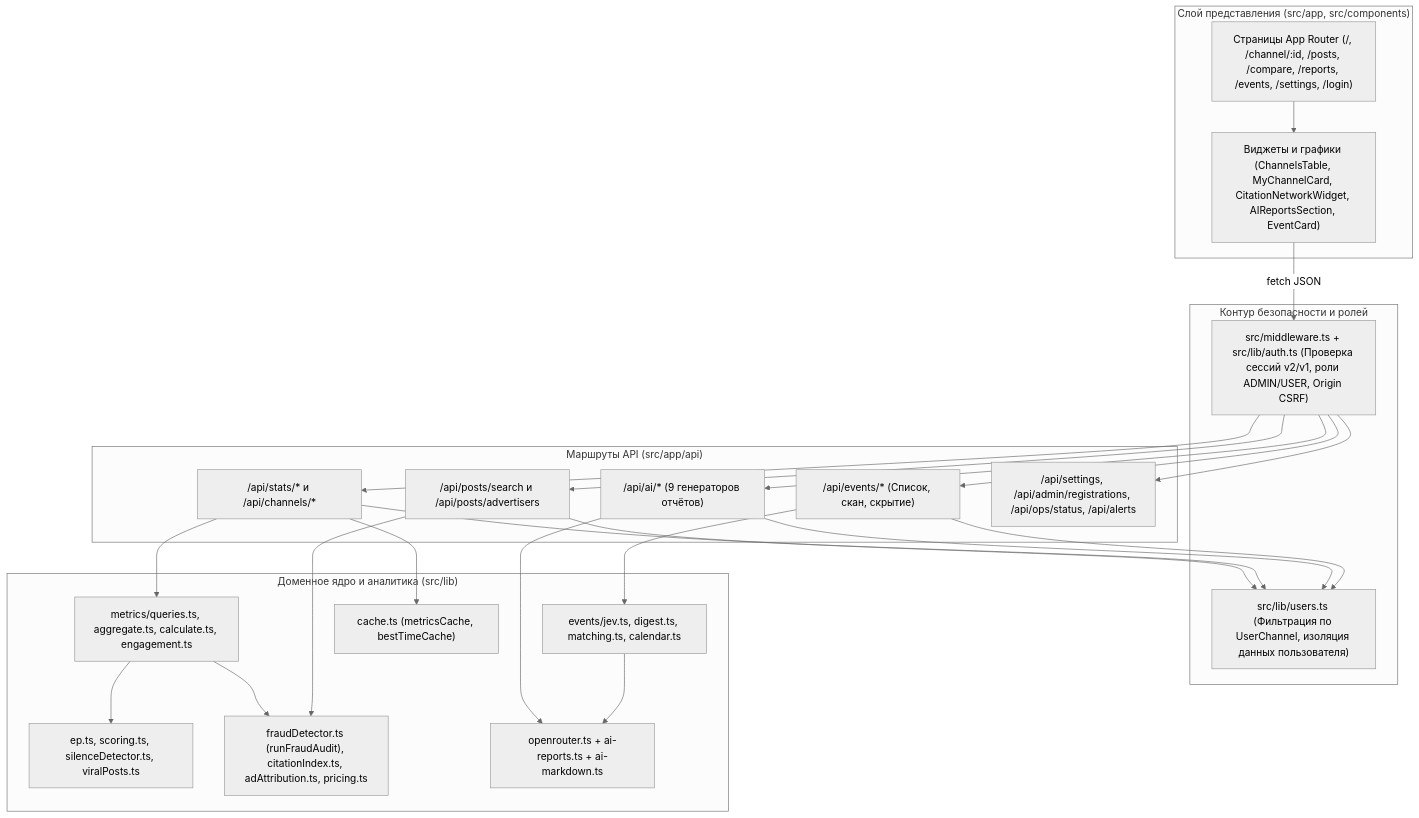
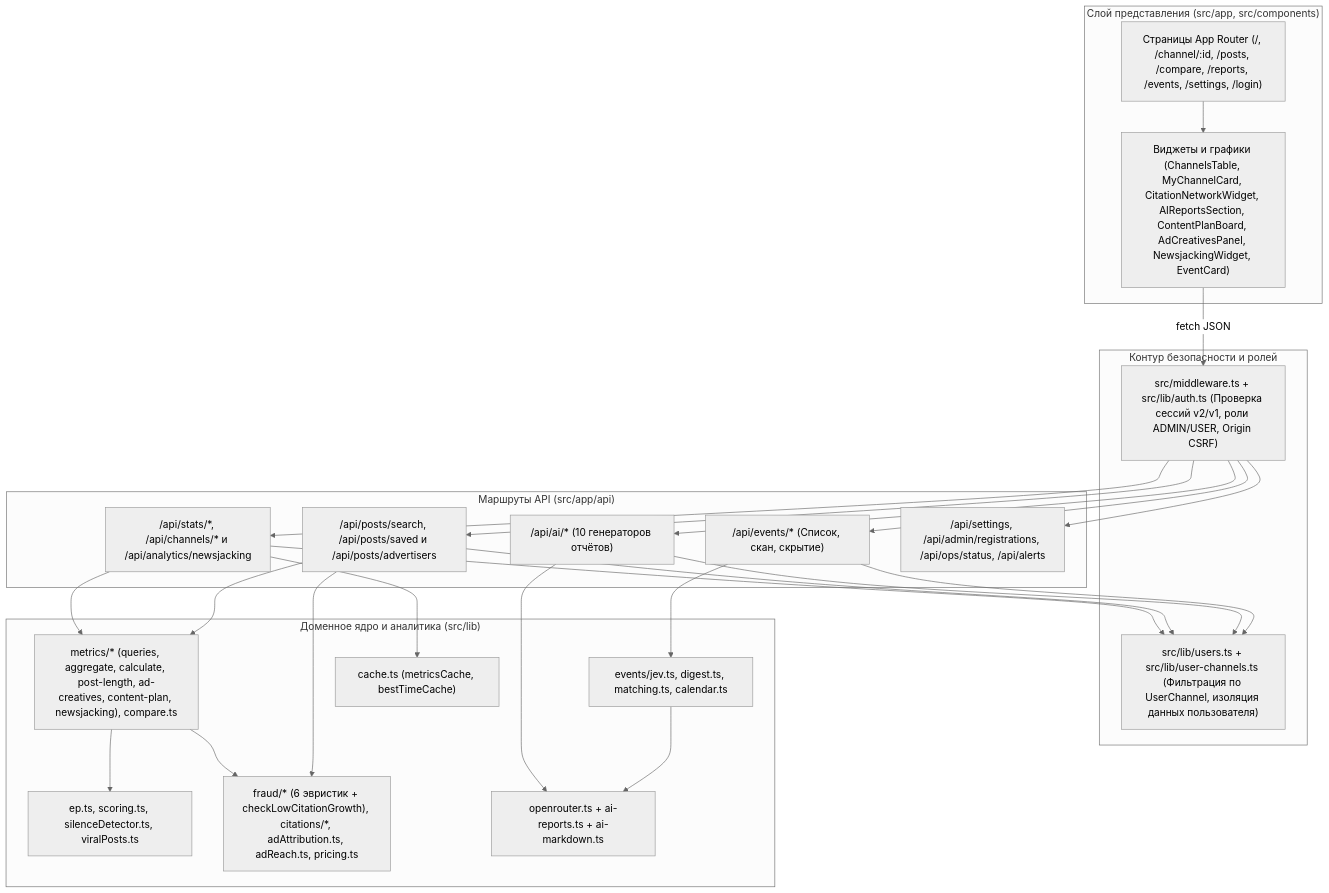
The second of 8 diagrams in docs/architecture.md (liquidsyntes/tg_mons), drawn with Mermaid (neutral theme) before and after one commit. The commit also changed other lines of this file and 9 other files, not shown here.

````diff
--- a/docs/architecture.md
+++ b/docs/architecture.md
@@ -78,51 +82,52 @@
 ```mermaid
 flowchart TB
     subgraph Presentation["Слой представления (src/app, src/components)"]
         Pages["Страницы App Router (/, /channel/:id, /posts, /compare, /reports, /events, /settings, /login)"]
-        Widgets["Виджеты и графики (ChannelsTable, MyChannelCard, CitationNetworkWidget, AIReportsSection, EventCard)"]
+        Widgets["Виджеты и графики (ChannelsTable, MyChannelCard, CitationNetworkWidget, AIReportsSection, ContentPlanBoard, AdCreativesPanel, NewsjackingWidget, EventCard)"]
     end
 
     subgraph Security["Контур безопасности и ролей"]
         Middleware["src/middleware.ts + src/lib/auth.ts (Проверка сессий v2/v1, роли ADMIN/USER, Origin CSRF)"]
-        Scope["src/lib/users.ts (Фильтрация по UserChannel, изоляция данных пользователя)"]
+        Scope["src/lib/users.ts + src/lib/user-channels.ts (Фильтрация по UserChannel, изоляция данных пользователя)"]
     end
 
     subgraph Routes["Маршруты API (src/app/api)"]
-        StatsAPI["/api/stats/* и /api/channels/*"]
-        PostsAPI["/api/posts/search и /api/posts/advertisers"]
-        AiAPI["/api/ai/* (9 генераторов отчётов)"]
+        StatsAPI["/api/stats/*, /api/channels/* и /api/analytics/newsjacking"]
+        PostsAPI["/api/posts/search, /api/posts/saved и /api/posts/advertisers"]
+        AiAPI["/api/ai/* (10 генераторов отчётов)"]
         EventsAPI["/api/events/* (Список, скан, скрытие)"]
         AdminOpsAPI["/api/settings, /api/admin/registrations, /api/ops/status, /api/alerts"]
     end
 
     subgraph Domain["Доменное ядро и аналитика (src/lib)"]
-        MetricsEngine["metrics/queries.ts, aggregate.ts, calculate.ts, engagement.ts"]
+        MetricsEngine["metrics/* (queries, aggregate, calculate, post-length, ad-creatives, content-plan, newsjacking), compare.ts"]
         ScoringEngine["ep.ts, scoring.ts, silenceDetector.ts, viralPosts.ts"]
-        FraudCitation["fraudDetector.ts (runFraudAudit), citationIndex.ts, adAttribution.ts, pricing.ts"]
+        FraudCitation["fraud/* (6 эвристик + checkLowCitationGrowth), citations/*, adAttribution.ts, adReach.ts, pricing.ts"]
         EventsEngine["events/jev.ts, digest.ts, matching.ts, calendar.ts"]
         OpenRouterClient["openrouter.ts + ai-reports.ts + ai-markdown.ts"]
         InMemCache["cache.ts (metricsCache, bestTimeCache)"]
     end
 
     Pages --> Widgets
-    Widgets -->|fetch JSON| Middleware
+    Widgets -->|"fetch JSON"| Middleware
     Middleware --> StatsAPI
     Middleware --> PostsAPI
     Middleware --> AiAPI
     Middleware --> EventsAPI
     Middleware --> AdminOpsAPI
 
     StatsAPI --> Scope
     PostsAPI --> Scope
     AiAPI --> Scope
     EventsAPI --> Scope
 
     StatsAPI --> InMemCache
     StatsAPI --> MetricsEngine
     MetricsEngine --> ScoringEngine
     MetricsEngine --> FraudCitation
     PostsAPI --> FraudCitation
+    PostsAPI --> MetricsEngine
     AiAPI --> OpenRouterClient
     EventsAPI --> EventsEngine
     EventsEngine --> OpenRouterClient
 ```
````
